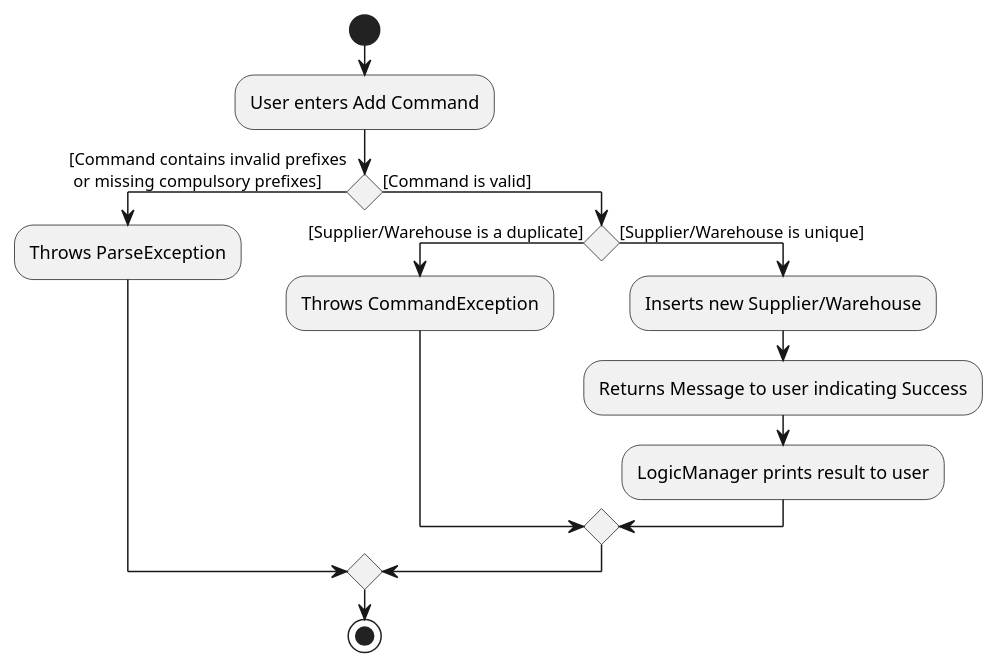
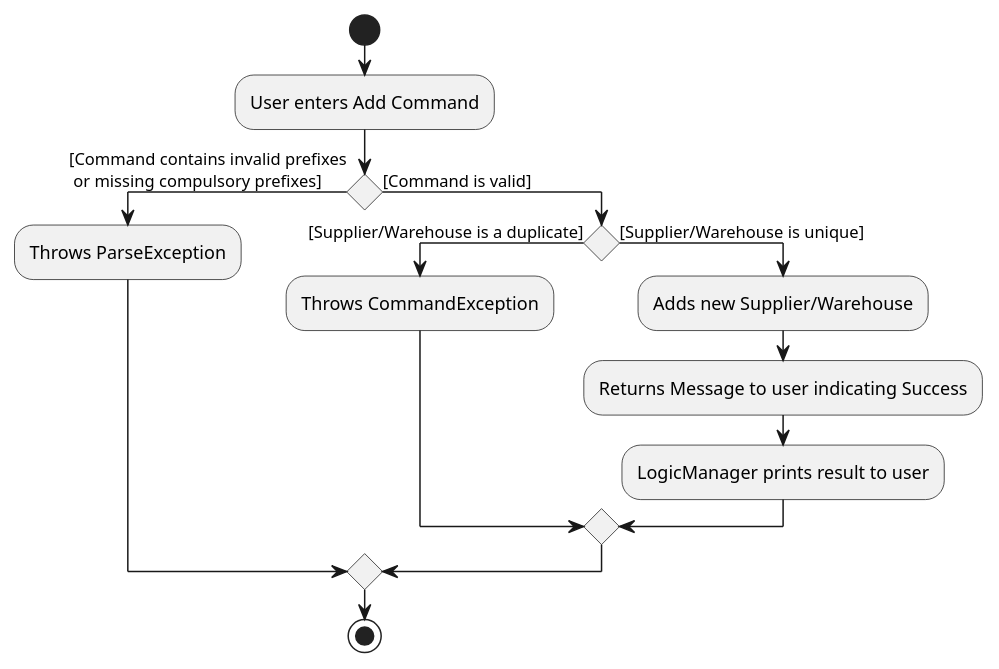
One commit to tohyuting/tp changed the diagram in docs/diagrams/AddCommandActivityDiagram.puml. Above: the diagram before and after it, drawn with PlantUML. The commit also changed 2 other files, not shown here.

Commit message:
Update typo in ActivityDiagram and add simplified SequenceDiagram

```diff
--- a/docs/diagrams/AddCommandActivityDiagram.puml
+++ b/docs/diagrams/AddCommandActivityDiagram.puml
@@ -1,22 +1,22 @@
 @startuml
 start
 :User enters Add Command;
 
 
 If () then ([Command contains invalid prefixes
  or missing compulsory prefixes])
     :Throws ParseException;
 
     else ([Command is valid])
 
     If () then ([Supplier/Warehouse is a duplicate])
     :Throws CommandException;
 
     else ([Supplier/Warehouse is unique])
-        :Inserts new Supplier/Warehouse;
+        :Adds new Supplier/Warehouse;
         :Returns Message to user indicating Success;
         :LogicManager prints result to user;
         endif
     endif
 stop
 @enduml
```
